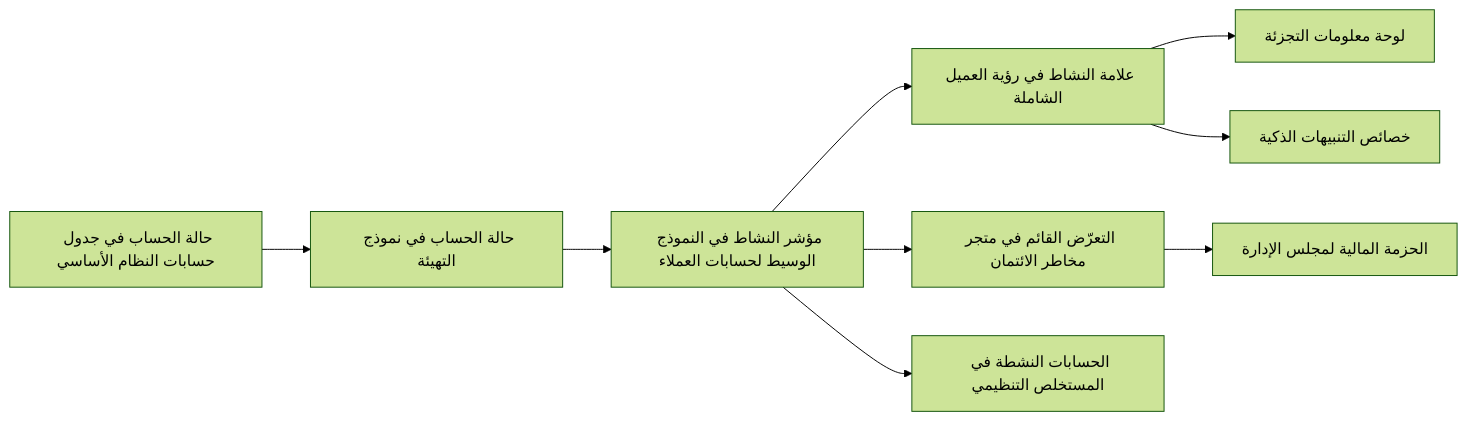
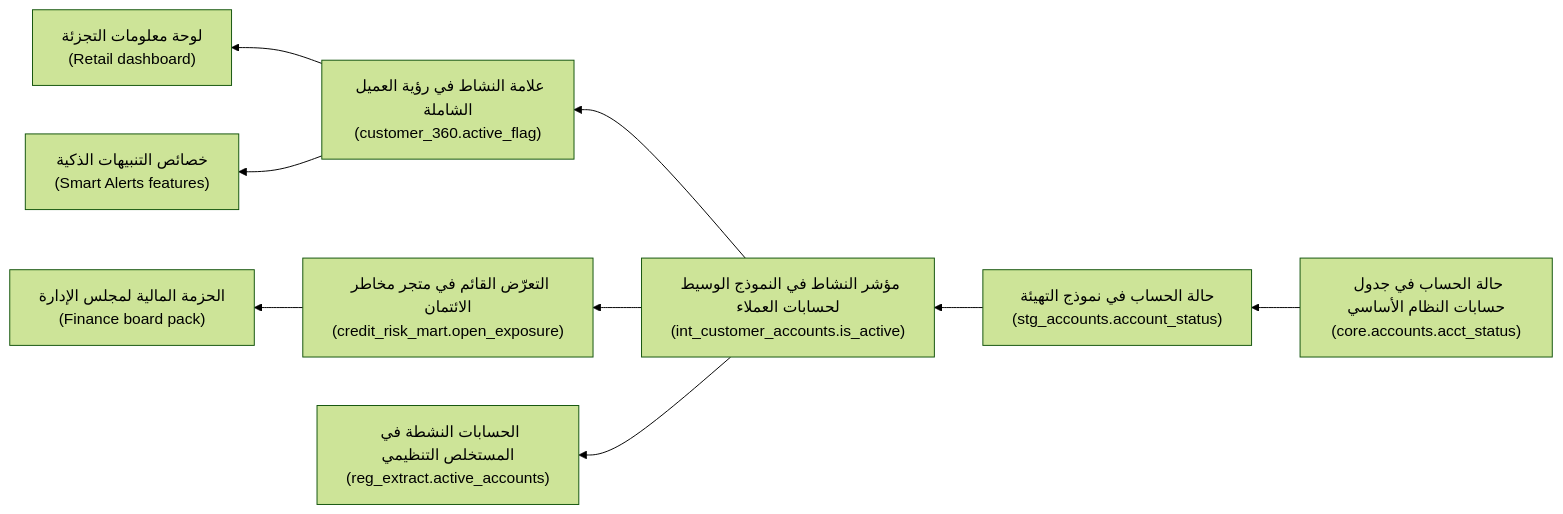
The first of 3 diagrams in data/modules/06-governance.ar.md (Tamoura/system-design-for-vibe-coders), drawn with Mermaid (forest theme) before and after one commit. The commit also changed other lines of this file and 20 other files, not shown here.

First line of the commit message:
New courses: Arabic diagrams read right-to-left with English labels (modules 0–6)

````diff
--- a/data/modules/06-governance.ar.md
+++ b/data/modules/06-governance.ar.md
@@ -53,11 +53,11 @@
 ```mermaid
-flowchart LR
-    A["حالة الحساب في جدول حسابات النظام الأساسي"] --> B["حالة الحساب في نموذج التهيئة"]
-    B --> C["مؤشر النشاط في النموذج الوسيط لحسابات العملاء"]
-    C --> D["علامة النشاط في رؤية العميل الشاملة"]
-    C --> E["التعرّض القائم في متجر مخاطر الائتمان"]
-    C --> F["الحسابات النشطة في المستخلص التنظيمي"]
-    D --> G["لوحة معلومات التجزئة"]
-    D --> H["خصائص التنبيهات الذكية"]
-    E --> I["الحزمة المالية لمجلس الإدارة"]
+flowchart RL
+    A["حالة الحساب في جدول حسابات النظام الأساسي<br/>(core.accounts.acct_status)"] --> B["حالة الحساب في نموذج التهيئة<br/>(stg_accounts.account_status)"]
+    B --> C["مؤشر النشاط في النموذج الوسيط لحسابات العملاء<br/>(int_customer_accounts.is_active)"]
+    C --> D["علامة النشاط في رؤية العميل الشاملة<br/>(customer_360.active_flag)"]
+    C --> E["التعرّض القائم في متجر مخاطر الائتمان<br/>(credit_risk_mart.open_exposure)"]
+    C --> F["الحسابات النشطة في المستخلص التنظيمي<br/>(reg_extract.active_accounts)"]
+    D --> G["لوحة معلومات التجزئة<br/>(Retail dashboard)"]
+    D --> H["خصائص التنبيهات الذكية<br/>(Smart Alerts features)"]
+    E --> I["الحزمة المالية لمجلس الإدارة<br/>(Finance board pack)"]
 ```
````
